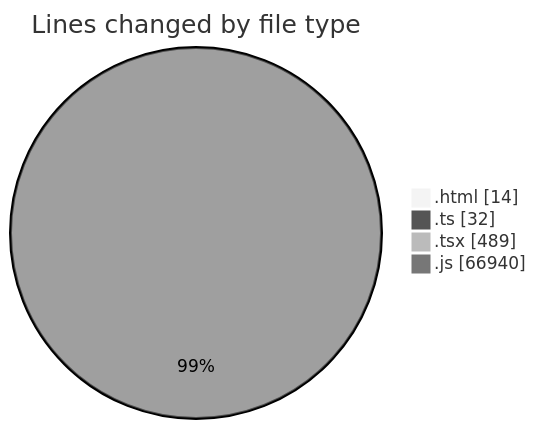
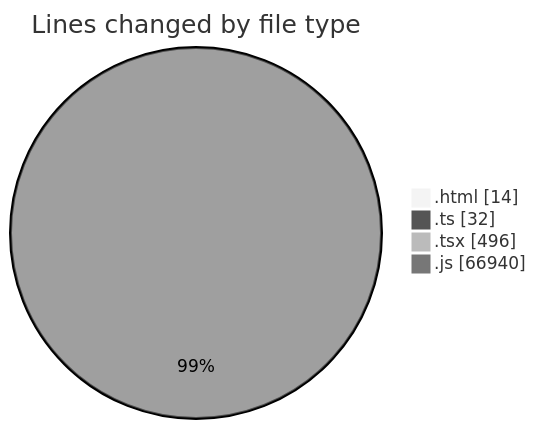
The first of 2 diagrams in 2025-02-06/portofolio/README.md (donsfak/code-tracking), drawn with Mermaid (neutral theme) before and after one commit. The commit also changed other lines of this file and 1 other file, not shown here.

````diff
--- a/2025-02-06/portofolio/README.md
+++ b/2025-02-06/portofolio/README.md
@@ -23,8 +23,8 @@
 ```mermaid
 pie showData
 title Lines changed by file type
 ".html" : 14
 ".ts" : 32
-".tsx" : 489
+".tsx" : 496
 ".js" : 66940
 ```
````
